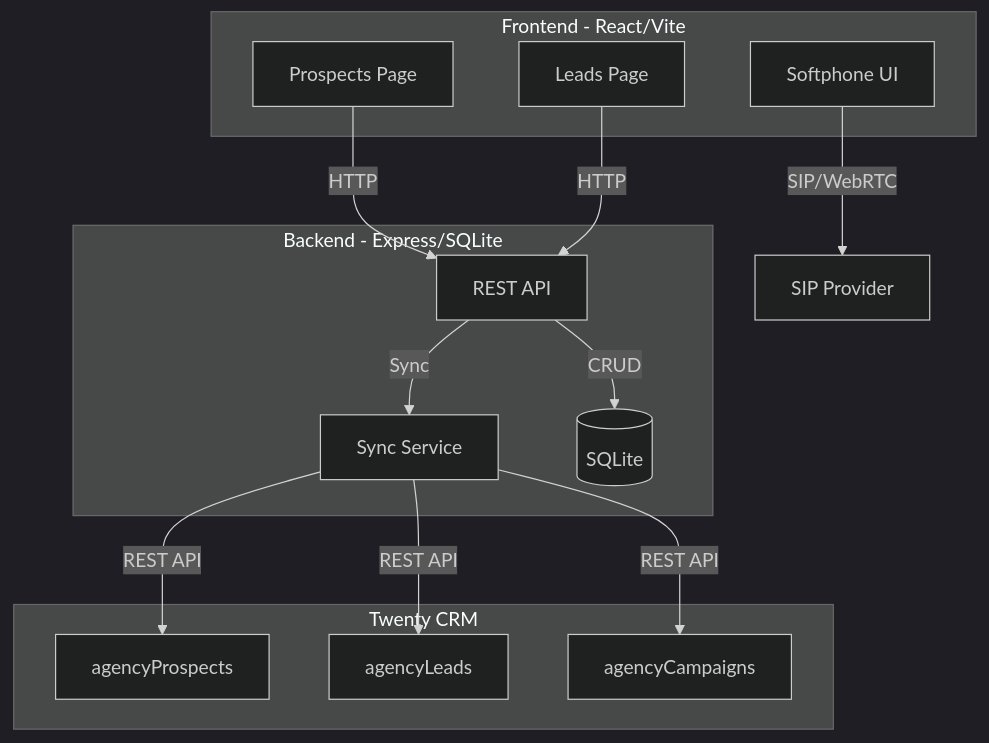
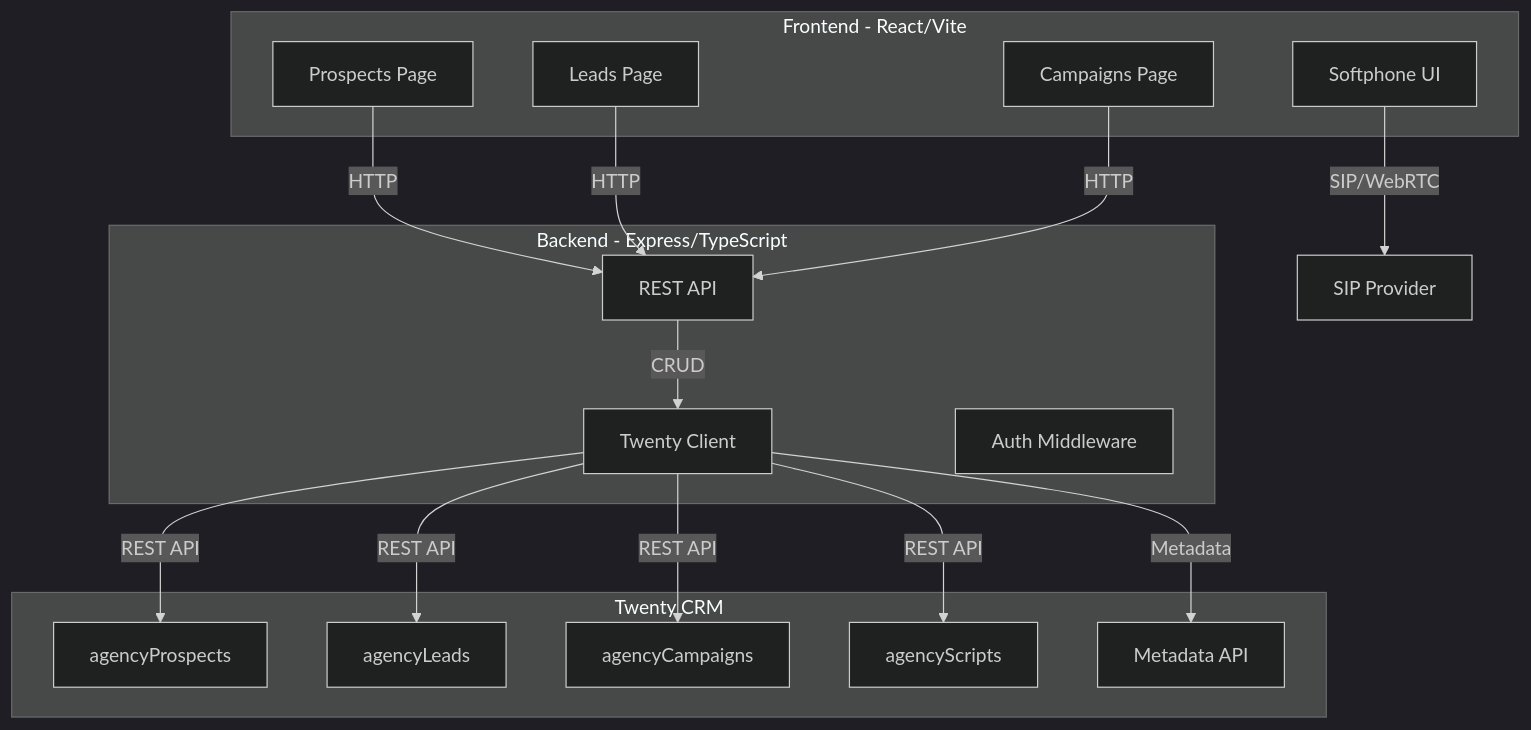
The diagram in README.md (matthewdonsemail-lab/open-twenty-dialer), drawn with Mermaid (dark theme) before and after one commit. The commit also changed other lines of this file and 15 other files, not shown here.

Commit message:
chore: add gitignore entries for .scratch/ and backend/scripts/, update README with Twenty objects documentation

````diff
--- a/README.md
+++ b/README.md
@@ -41,30 +40,35 @@
 ```mermaid
 flowchart TB
     subgraph frontend [Frontend - React/Vite]
         ProspectsPage[Prospects Page]
         LeadsPage[Leads Page]
+        CampaignsPage[Campaigns Page]
         Softphone[Softphone UI]
     end
 
-    subgraph backend [Backend - Express/SQLite]
+    subgraph backend [Backend - Express/TypeScript]
         API[REST API]
-        SyncService[Sync Service]
-        DB[(SQLite)]
+        TwentyClient[Twenty Client]
+        Auth[Auth Middleware]
     end
 
     subgraph twenty [Twenty CRM]
         agencyProspects[agencyProspects]
         agencyLeads[agencyLeads]
         agencyCampaigns[agencyCampaigns]
+        agencyScripts[agencyScripts]
+        Metadata[Metadata API]
     end
 
     ProspectsPage -->|HTTP| API
     LeadsPage -->|HTTP| API
+    CampaignsPage -->|HTTP| API
     Softphone -->|SIP/WebRTC| Provider[SIP Provider]
 
-    API -->|CRUD| DB
-    API -->|Sync| SyncService
-    SyncService -->|REST API| agencyProspects
-    SyncService -->|REST API| agencyLeads
-    SyncService -->|REST API| agencyCampaigns
+    API -->|CRUD| TwentyClient
+    TwentyClient -->|REST API| agencyProspects
+    TwentyClient -->|REST API| agencyLeads
+    TwentyClient -->|REST API| agencyCampaigns
+    TwentyClient -->|REST API| agencyScripts
+    TwentyClient -->|Metadata| Metadata
 ```
````
